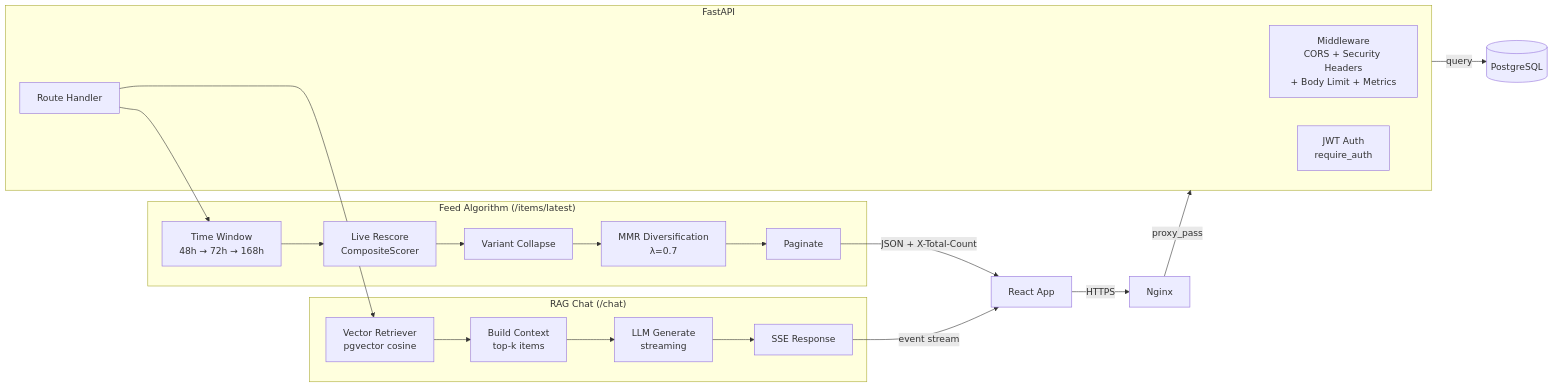
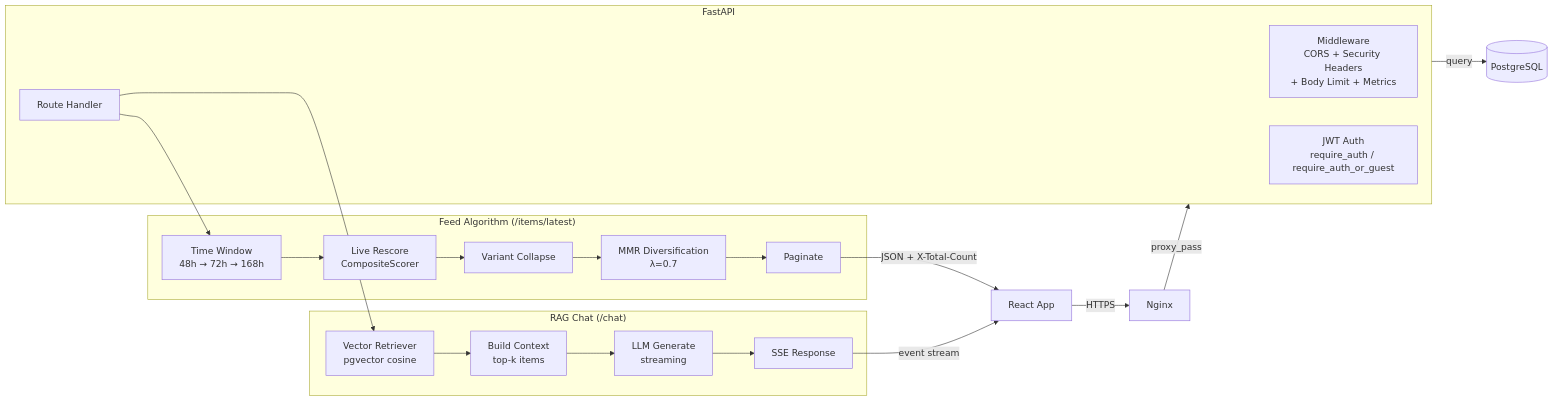
One commit to pguerrerolinares/ai-news-platform changed the third of 8 diagrams in docs/architecture/overview.md. Above: the diagram before and after it, drawn with Mermaid. The commit also changed other lines of this file, not shown here.

Commit message:
docs: update architecture overview for public access and guest tokens

````diff
--- a/docs/architecture/overview.md
+++ b/docs/architecture/overview.md
@@ -143,34 +143,34 @@
 ```mermaid
 flowchart LR
     Browser[React App] -->|HTTPS| Nginx
     Nginx -->|proxy_pass| FastAPI
 
     subgraph FastAPI
         MW[Middleware<br/>CORS + Security Headers<br/>+ Body Limit + Metrics]
-        AUTH[JWT Auth<br/>require_auth]
+        AUTH[JWT Auth<br/>require_auth / require_auth_or_guest]
         ROUTE[Route Handler]
     end
 
     FastAPI -->|query| DB[(PostgreSQL)]
 
     subgraph "Feed Algorithm (/items/latest)"
         TW[Time Window<br/>48h → 72h → 168h]
         RS[Live Rescore<br/>CompositeScorer]
         VC2[Variant Collapse]
         MMR[MMR Diversification<br/>λ=0.7]
         PAG[Paginate]
     end
 
     ROUTE --> TW --> RS --> VC2 --> MMR --> PAG
     PAG -->|JSON + X-Total-Count| Browser
 
     subgraph "RAG Chat (/chat)"
         RET[Vector Retriever<br/>pgvector cosine]
         CTX[Build Context<br/>top-k items]
         LLM[LLM Generate<br/>streaming]
         SSE[SSE Response]
     end
 
     ROUTE --> RET --> CTX --> LLM --> SSE
     SSE -->|event stream| Browser
 ```
````
